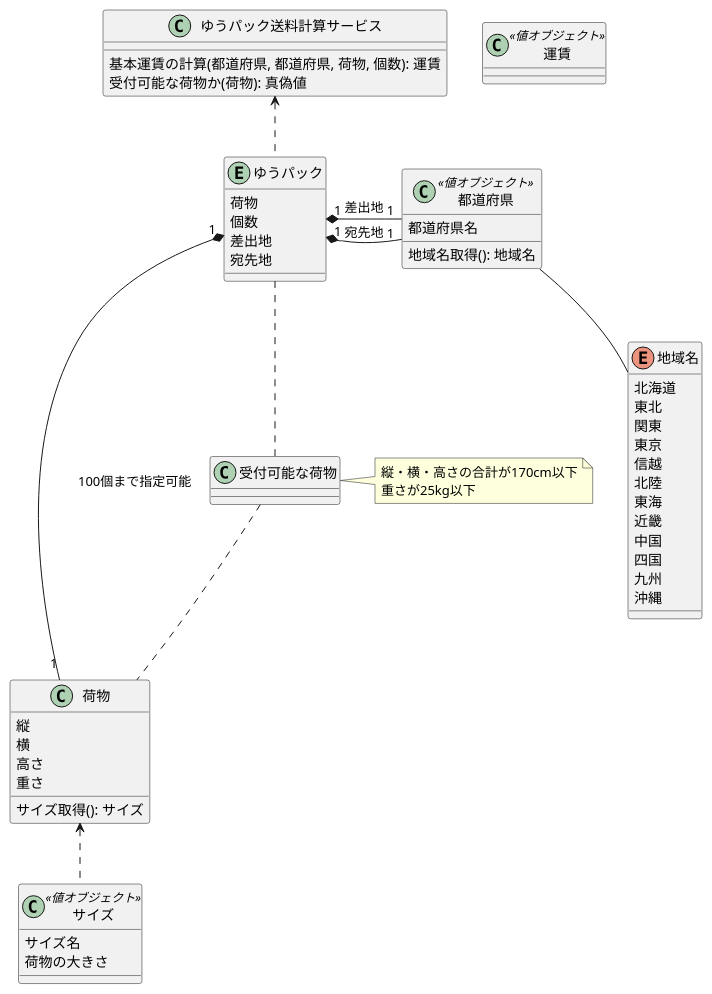
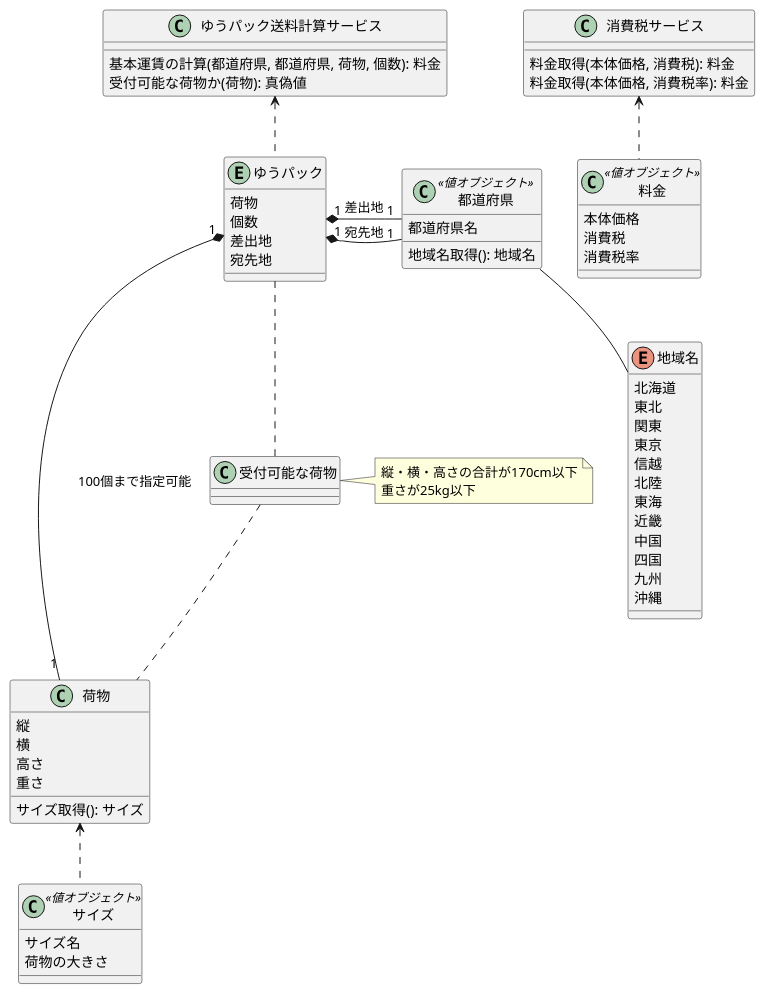
The diagram in document/domain-model.pu (K0K1-0928/20230817_traning), drawn with PlantUML before and after one commit.

Commit message:
消費税計算を追加

```diff
--- a/document/domain-model.pu
+++ b/document/domain-model.pu
@@ -1,64 +1,74 @@
 @startuml domain-model
 
 entity ゆうパック {
     荷物
     個数
     差出地
     宛先地
 }
 
 class ゆうパック送料計算サービス {
-    基本運賃の計算(都道府県, 都道府県, 荷物, 個数): 運賃
+    基本運賃の計算(都道府県, 都道府県, 荷物, 個数): 料金
     受付可能な荷物か(荷物): 真偽値
 }
 
-class 運賃 <<値オブジェクト>>
+class 料金 <<値オブジェクト>> {
+    本体価格
+    消費税
+    消費税率
+}
+
+class 消費税サービス {
+    料金取得(本体価格, 消費税): 料金
+    料金取得(本体価格, 消費税率): 料金
+}
 
 class 荷物 {
     縦
     横
     高さ
     重さ
     サイズ取得(): サイズ
 }
 
 class サイズ <<値オブジェクト>> {
     サイズ名
     荷物の大きさ
 }
 
 class 受付可能な荷物
 
 note "縦・横・高さの合計が170cm以下\n重さが25kg以下" as 荷物仕様
 
 class 都道府県 <<値オブジェクト>> {
     都道府県名
     地域名取得(): 地域名
 }
 
 enum 地域名 {
     北海道
     東北
     関東
     東京
     信越
     北陸
     東海
     近畿
     中国
     四国
     九州
     沖縄
 }
 
 ゆうパック送料計算サービス <.. ゆうパック
 ゆうパック "1" *- "1" 荷物 : 100個まで指定可能
 荷物 <.. サイズ
 ゆうパック .. 受付可能な荷物
 受付可能な荷物 <- 荷物仕様
 受付可能な荷物 .. 荷物
 ゆうパック "1" *- "1" 都道府県 : 差出地
 ゆうパック "1" *- "1" 都道府県 : 宛先地
 都道府県 -- 地域名
+消費税サービス <.. 料金
 
 @enduml
```
